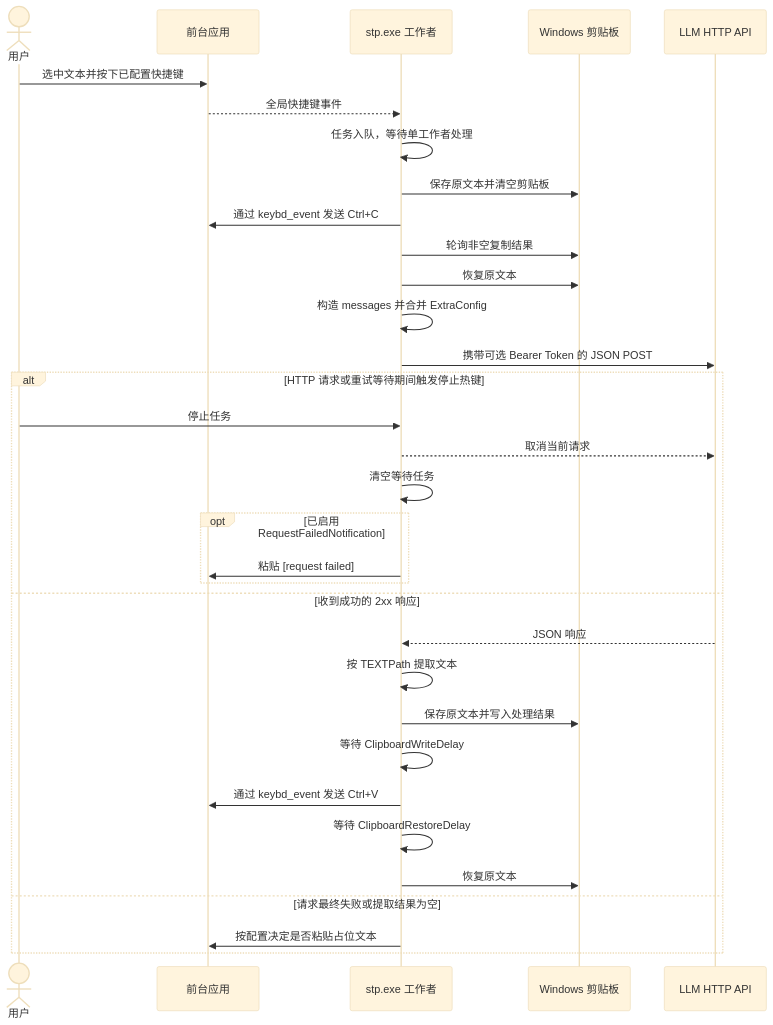
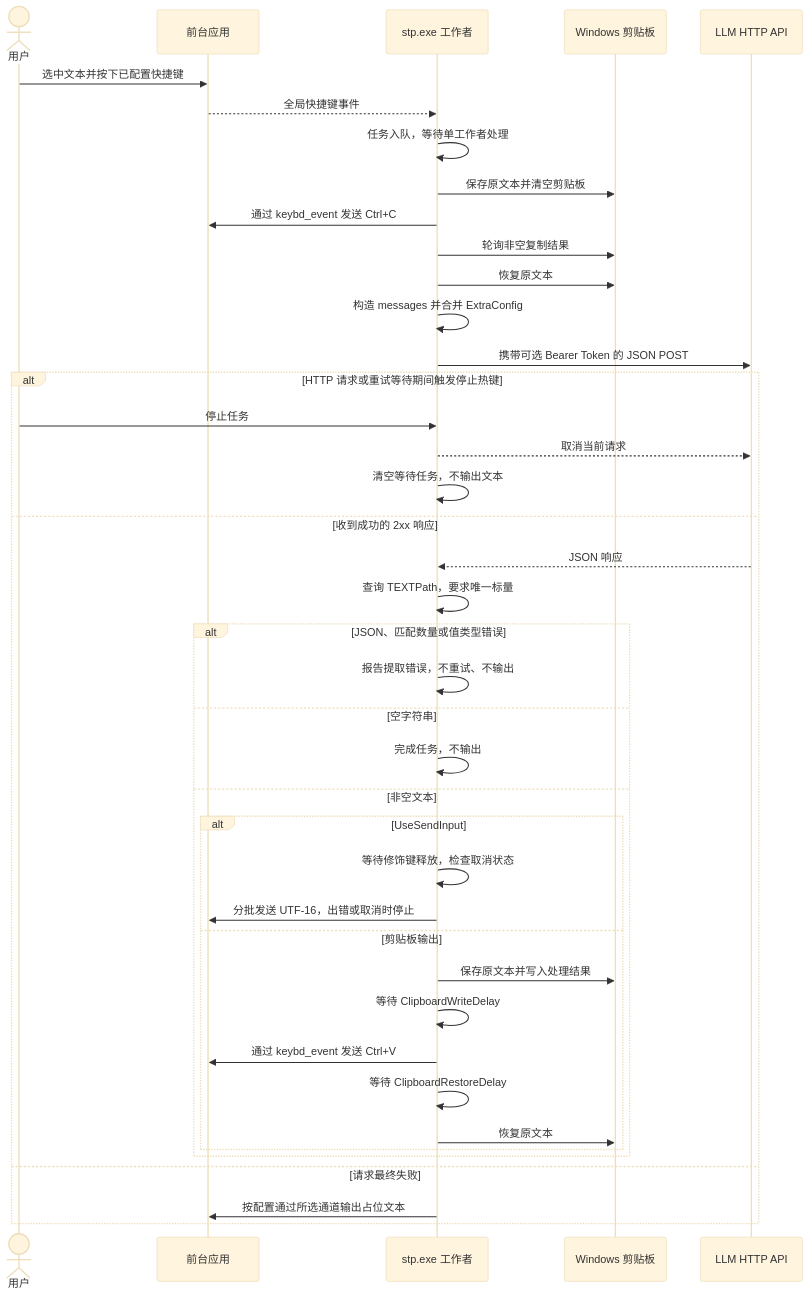
One commit to Joey-Kot/STP-for-Windows changed the second of 2 diagrams in README_ZH.md. Above: the diagram before and after it, drawn with Mermaid (base theme). The commit also changed other lines of this file and 20 other files, not shown here.

First line of the commit message:
feat!: port strict JSONPath extraction and optional SendInput output

````diff
--- a/README_ZH.md
+++ b/README_ZH.md
@@ -72,37 +73,45 @@
 ```mermaid
 sequenceDiagram
     actor User as 用户
     participant Target as 前台应用
     participant STP as stp.exe 工作者
     participant Clipboard as Windows 剪贴板
     participant API as LLM HTTP API
 
     User->>Target: 选中文本并按下已配置快捷键
     Target-->>STP: 全局快捷键事件
     STP->>STP: 任务入队，等待单工作者处理
     STP->>Clipboard: 保存原文本并清空剪贴板
     STP->>Target: 通过 keybd_event 发送 Ctrl+C
     STP->>Clipboard: 轮询非空复制结果
     STP->>Clipboard: 恢复原文本
     STP->>STP: 构造 messages 并合并 ExtraConfig
     STP->>API: 携带可选 Bearer Token 的 JSON POST
 
     alt HTTP 请求或重试等待期间触发停止热键
         User->>STP: 停止任务
         STP-->>API: 取消当前请求
-        STP->>STP: 清空等待任务
-        opt 已启用 RequestFailedNotification
-            STP->>Target: 粘贴 [request failed]
-        end
+        STP->>STP: 清空等待任务，不输出文本
     else 收到成功的 2xx 响应
         API-->>STP: JSON 响应
-        STP->>STP: 按 TEXTPath 提取文本
-        STP->>Clipboard: 保存原文本并写入处理结果
-        STP->>STP: 等待 ClipboardWriteDelay
-        STP->>Target: 通过 keybd_event 发送 Ctrl+V
-        STP->>STP: 等待 ClipboardRestoreDelay
-        STP->>Clipboard: 恢复原文本
-    else 请求最终失败或提取结果为空
-        STP->>Target: 按配置决定是否粘贴占位文本
+        STP->>STP: 查询 TEXTPath，要求唯一标量
+        alt JSON、匹配数量或值类型错误
+            STP->>STP: 报告提取错误，不重试、不输出
+        else 空字符串
+            STP->>STP: 完成任务，不输出
+        else 非空文本
+            alt UseSendInput
+                STP->>STP: 等待修饰键释放，检查取消状态
+                STP->>Target: 分批发送 UTF-16，出错或取消时停止
+            else 剪贴板输出
+                STP->>Clipboard: 保存原文本并写入处理结果
+                STP->>STP: 等待 ClipboardWriteDelay
+                STP->>Target: 通过 keybd_event 发送 Ctrl+V
+                STP->>STP: 等待 ClipboardRestoreDelay
+                STP->>Clipboard: 恢复原文本
+            end
+        end
+    else 请求最终失败
+        STP->>Target: 按配置通过所选通道输出占位文本
     end
 ```
````
